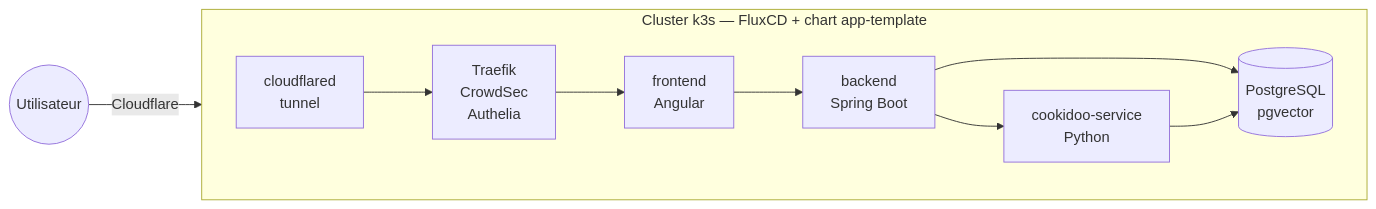
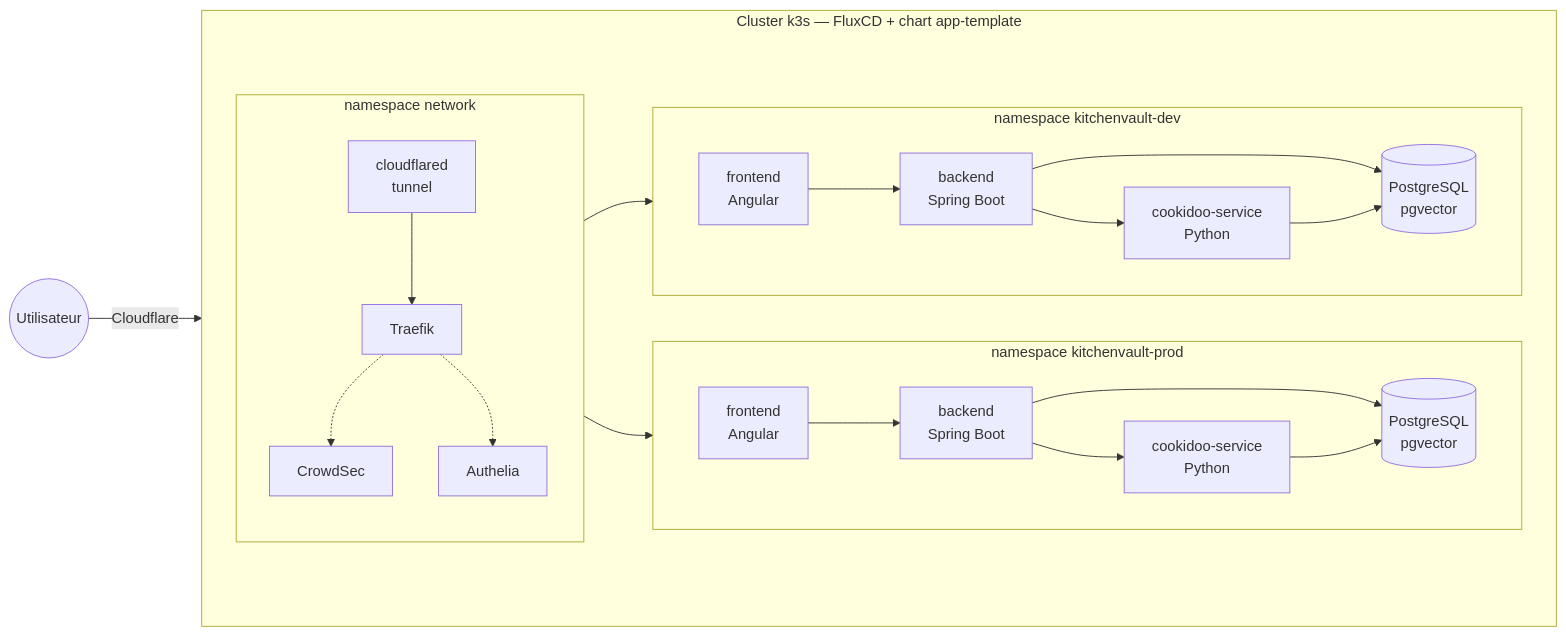
Before and after one commit to seblaporte/KitchenVault: the second of 2 diagrams in presentation/slides.md, drawn with Mermaid. The commit also changed other lines of this file and 1 other file, not shown here.

````diff
--- a/presentation/slides.md
+++ b/presentation/slides.md
@@ -164,13 +160,29 @@
-```mermaid {scale: 0.55}
+```mermaid {scale: 0.48}
 flowchart LR
     user((Utilisateur)) -->|Cloudflare| cfd
     subgraph cluster["Cluster k3s — FluxCD + chart app-template"]
         direction LR
-        cfd["cloudflared\ntunnel"] --> traefik["Traefik\nCrowdSec\nAuthelia"]
-        traefik --> frontend["frontend\nAngular"]
-        frontend --> backend["backend\nSpring Boot"]
-        backend --> cookidoo["cookidoo-service\nPython"]
-        backend --> postgres[("PostgreSQL\npgvector")]
-        cookidoo --> postgres
+        subgraph network["namespace network"]
+            direction TB
+            cfd["cloudflared\ntunnel"] --> traefik["Traefik"]
+            traefik -.-> crowdsec["CrowdSec"]
+            traefik -.-> authelia["Authelia"]
+        end
+        subgraph prod["namespace kitchenvault-prod"]
+            direction LR
+            fp["frontend\nAngular"] --> bp["backend\nSpring Boot"]
+            bp --> cp["cookidoo-service\nPython"]
+            bp --> pp[("PostgreSQL\npgvector")]
+            cp --> pp
+        end
+        subgraph dev["namespace kitchenvault-dev"]
+            direction LR
+            fd["frontend\nAngular"] --> bd["backend\nSpring Boot"]
+            bd --> cd["cookidoo-service\nPython"]
+            bd --> pd[("PostgreSQL\npgvector")]
+            cd --> pd
+        end
+        traefik --> fp
+        traefik --> fd
     end
 ```
````
